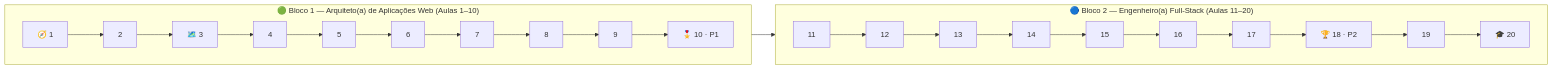
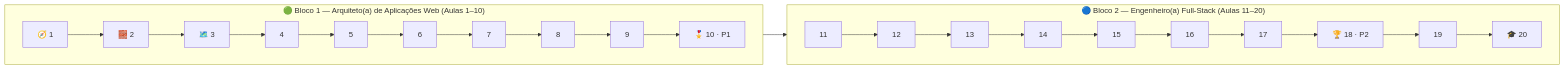
One commit to GTI-Fatec-Jahu/PI-GTI-2026-2 changed the diagram in docs/index.md. Above: the diagram before and after it, drawn with Mermaid. The commit also changed other lines of this file and 2 other files, not shown here.

Commit message:
Adiciona Aula 02 — Flask e Bootstrap, com mapa mental, flashcards e quiz
Remodela a aula herdada do 1º semestre aplicando o pipeline do CLAUDE.md,
preservando todo o conteúdo original e adicionando as seções de gamificação:

- Objetivos da aula e mapa mental (flowchart LR, validado visualmente a ~760px)
- Fatiamento incremental dos dois blocos grandes (navbar da Parte 7 e
  estilo.css/index.html da Parte 9), com "salve e recarregue, note que..."
- Flashcards de revisão, quiz de fixação (com uma questão de múltipla resposta),
  selo "Construtor(a) de Aplicações" e navegação entre Aula 01 e Aula 03
- Atualiza docs/index.md (status ✅ e trilha) e mkdocs.yml (nav)
- Corrige o nome do plugin de quiz no mkdocs.yml (quiz -> mkdocs_quiz) para o
  build passar com o pacote realmente publicado no PyPI

Claude-Session: https://claude.ai/code/session_01V3qHC71DvhZkCiSkhHH3W6

````diff
--- a/docs/index.md
+++ b/docs/index.md
@@ -65,12 +65,12 @@
 ```mermaid
 flowchart LR
     subgraph B1["🟢 Bloco 1 — Arquiteto(a) de Aplicações Web (Aulas 1–10)"]
         direction LR
-        A1["🧭 1"] --> A2["2"] --> A3["🗺️ 3"] --> A4["4"] --> A5["5"] --> A6["6"] --> A7["7"] --> A8["8"] --> A9["9"] --> A10["🎖️ 10 · P1"]
+        A1["🧭 1"] --> A2["🧱 2"] --> A3["🗺️ 3"] --> A4["4"] --> A5["5"] --> A6["6"] --> A7["7"] --> A8["8"] --> A9["9"] --> A10["🎖️ 10 · P1"]
     end
     subgraph B2["🔵 Bloco 2 — Engenheiro(a) Full-Stack (Aulas 11–20)"]
         direction LR
         A11["11"] --> A12["12"] --> A13["13"] --> A14["14"] --> A15["15"] --> A16["16"] --> A17["17"] --> A18["🏆 18 · P2"] --> A19["19"] --> A20["🎓 20"]
     end
     B1 --> B2
 ```
````
